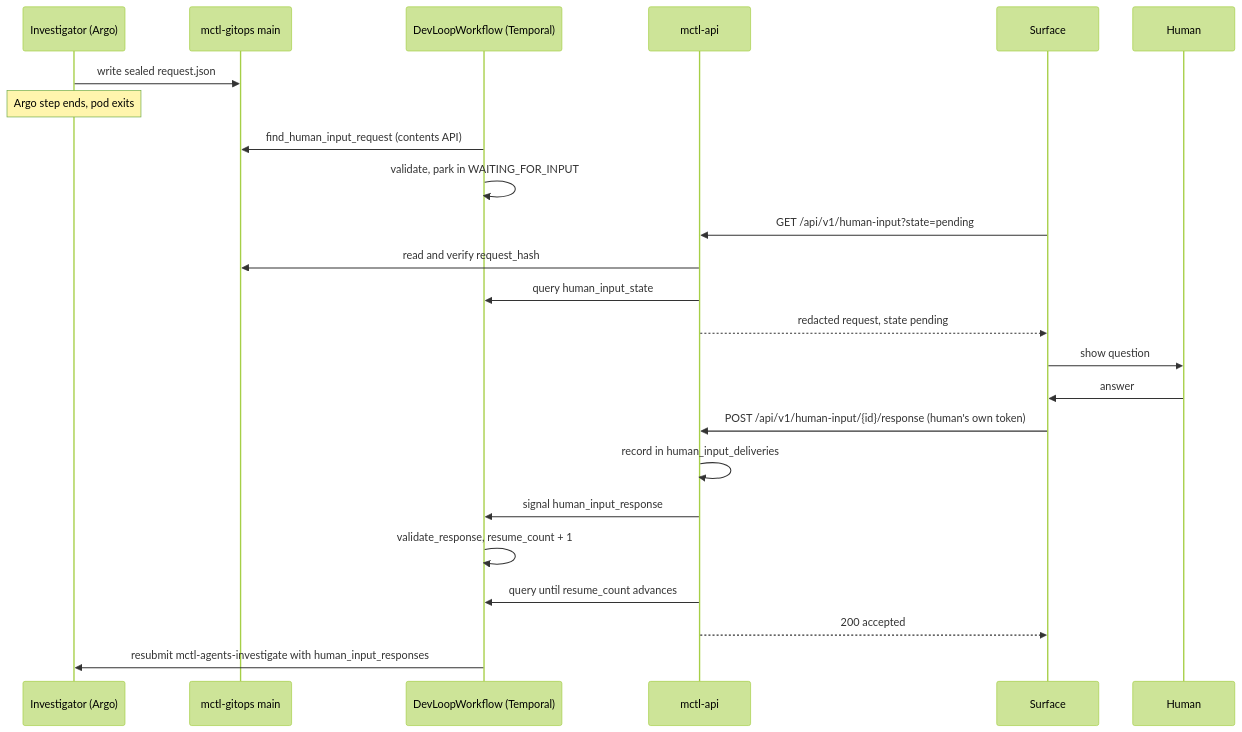
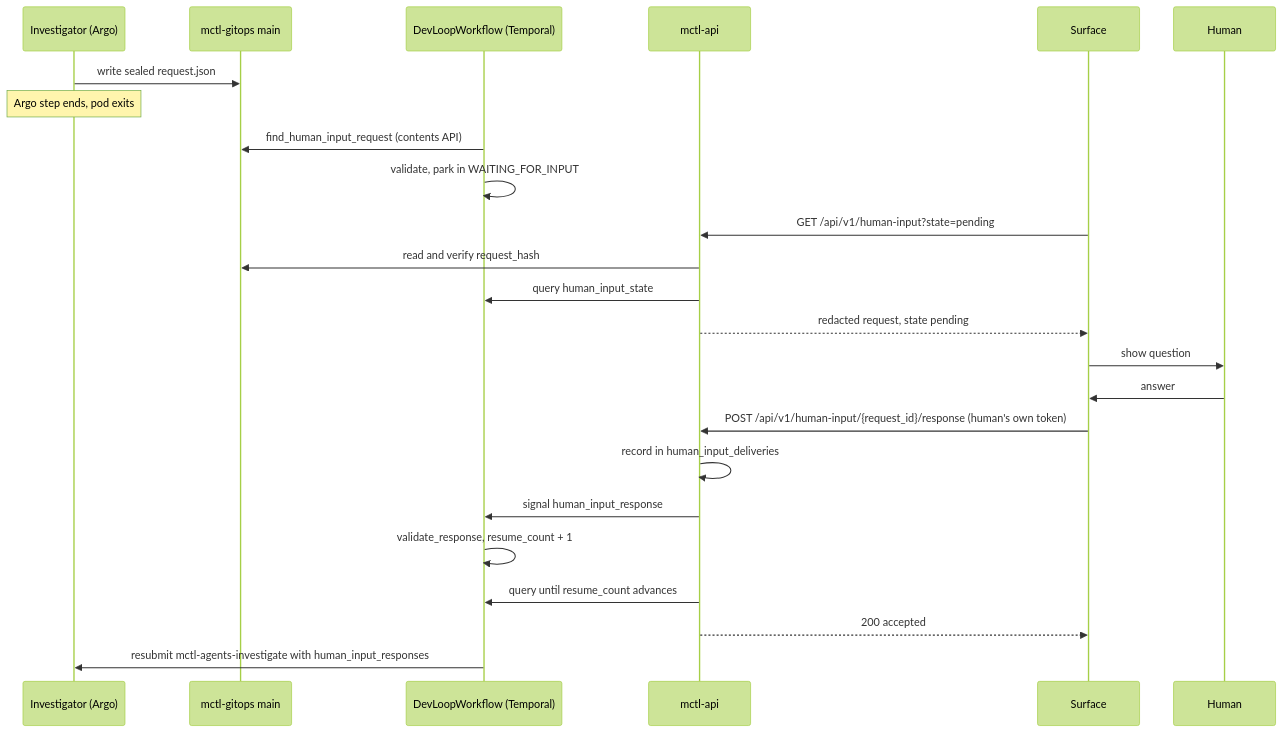
One commit to mctlhq/mctl-docs changed the diagram in docs/human-input/architecture.md. Above: the diagram before and after it, drawn with Mermaid (forest theme). The commit also changed other lines of this file and 5 other files, not shown here.

First line of the commit message:
docs(human-input): address review — prior-run slack wording, API catalog entry

````diff
--- a/docs/human-input/architecture.md
+++ b/docs/human-input/architecture.md
@@ -42,27 +42,27 @@
 ```mermaid
 sequenceDiagram
     participant inv as Investigator (Argo)
     participant git as mctl-gitops main
     participant wf as DevLoopWorkflow (Temporal)
     participant api as mctl-api
     participant srf as Surface
     participant hum as Human
 
     inv->>git: write sealed request.json
     Note over inv: Argo step ends, pod exits
     wf->>git: find_human_input_request (contents API)
     wf->>wf: validate, park in WAITING_FOR_INPUT
     srf->>api: GET /api/v1/human-input?state=pending
     api->>git: read and verify request_hash
     api->>wf: query human_input_state
     api-->>srf: redacted request, state pending
     srf->>hum: show question
     hum->>srf: answer
-    srf->>api: POST /api/v1/human-input/{id}/response (human's own token)
+    srf->>api: POST /api/v1/human-input/{request_id}/response (human's own token)
     api->>api: record in human_input_deliveries
     api->>wf: signal human_input_response
     wf->>wf: validate_response, resume_count + 1
     api->>wf: query until resume_count advances
     api-->>srf: 200 accepted
     wf->>inv: resubmit mctl-agents-investigate with human_input_responses
 ```
````
